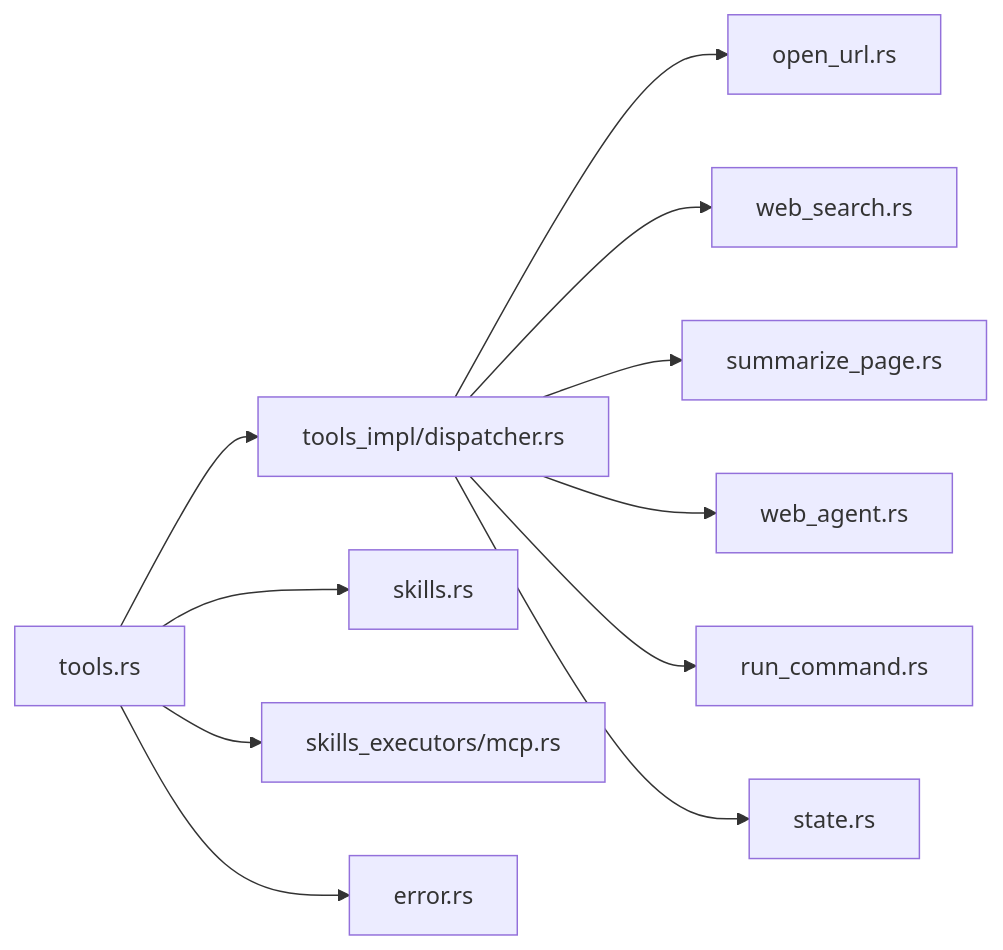
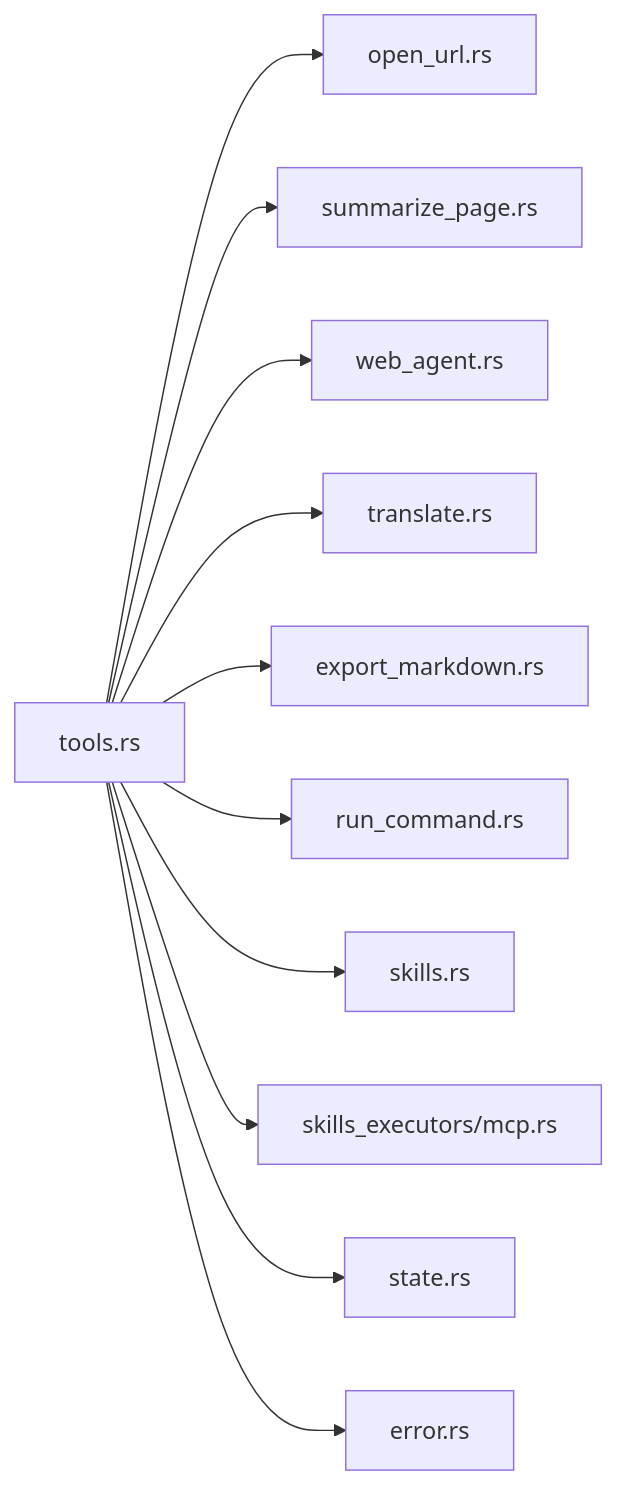
The fifth of 5 diagrams in .qoder/repowiki/zh/content/AI 代理系统/工具调度器.md (baike08/cosurf), drawn with Mermaid before and after one commit. The commit also changed other lines of this file and 15 other files, not shown here.

````diff
--- a/.qoder/repowiki/zh/content/AI 代理系统/工具调度器.md
+++ b/.qoder/repowiki/zh/content/AI 代理系统/工具调度器.md
@@ -328,13 +311,13 @@
 ```mermaid
 graph LR
-Tools["tools.rs"] --> Dispatcher["tools_impl/dispatcher.rs"]
-Dispatcher --> OpenUrl["open_url.rs"]
-Dispatcher --> WebSearch["web_search.rs"]
-Dispatcher --> Summarize["summarize_page.rs"]
-Dispatcher --> WebAgent["web_agent.rs"]
-Dispatcher --> RunCmd["run_command.rs"]
+Tools["tools.rs"] --> OpenUrl["open_url.rs"]
+Tools --> Summarize["summarize_page.rs"]
+Tools --> WebAgent["web_agent.rs"]
+Tools --> Translate["translate.rs"]
+Tools --> Export["export_markdown.rs"]
+Tools --> RunCmd["run_command.rs"]
 Tools --> Skills["skills.rs"]
 Tools --> MCPExec["skills_executors/mcp.rs"]
-Dispatcher --> State["state.rs"]
+Tools --> State["state.rs"]
 Tools --> Error["error.rs"]
 ```
````
